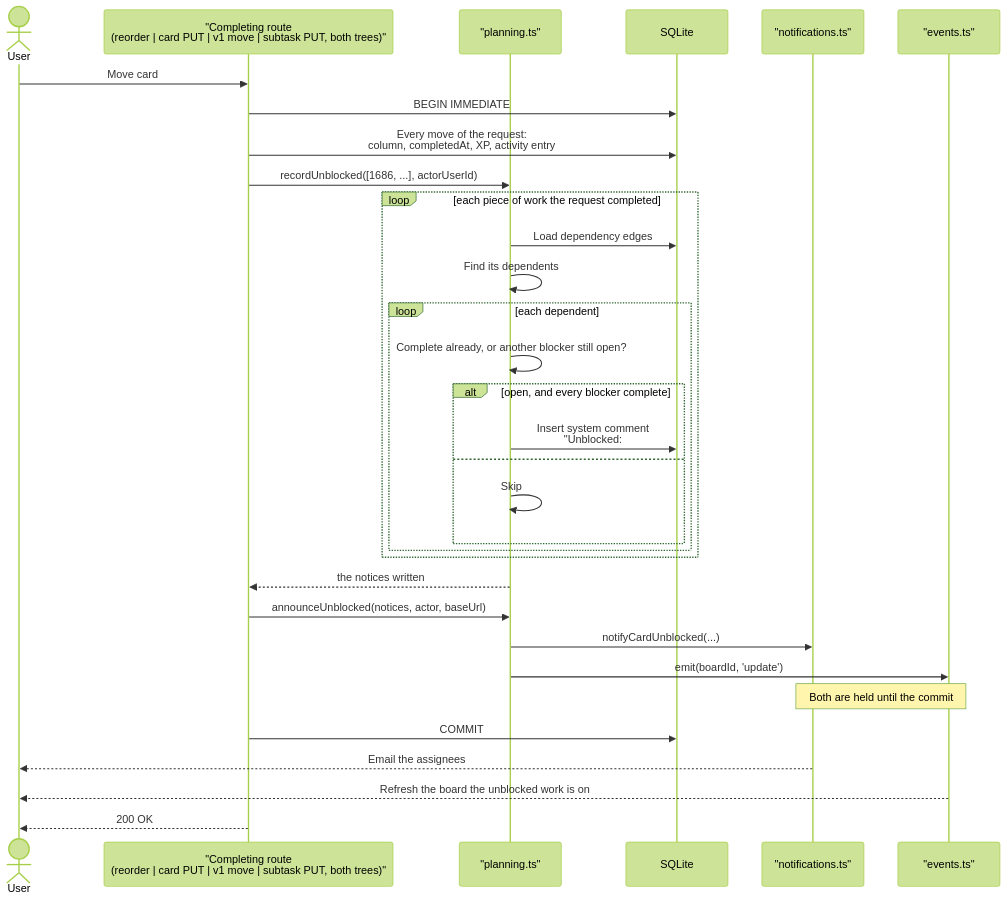
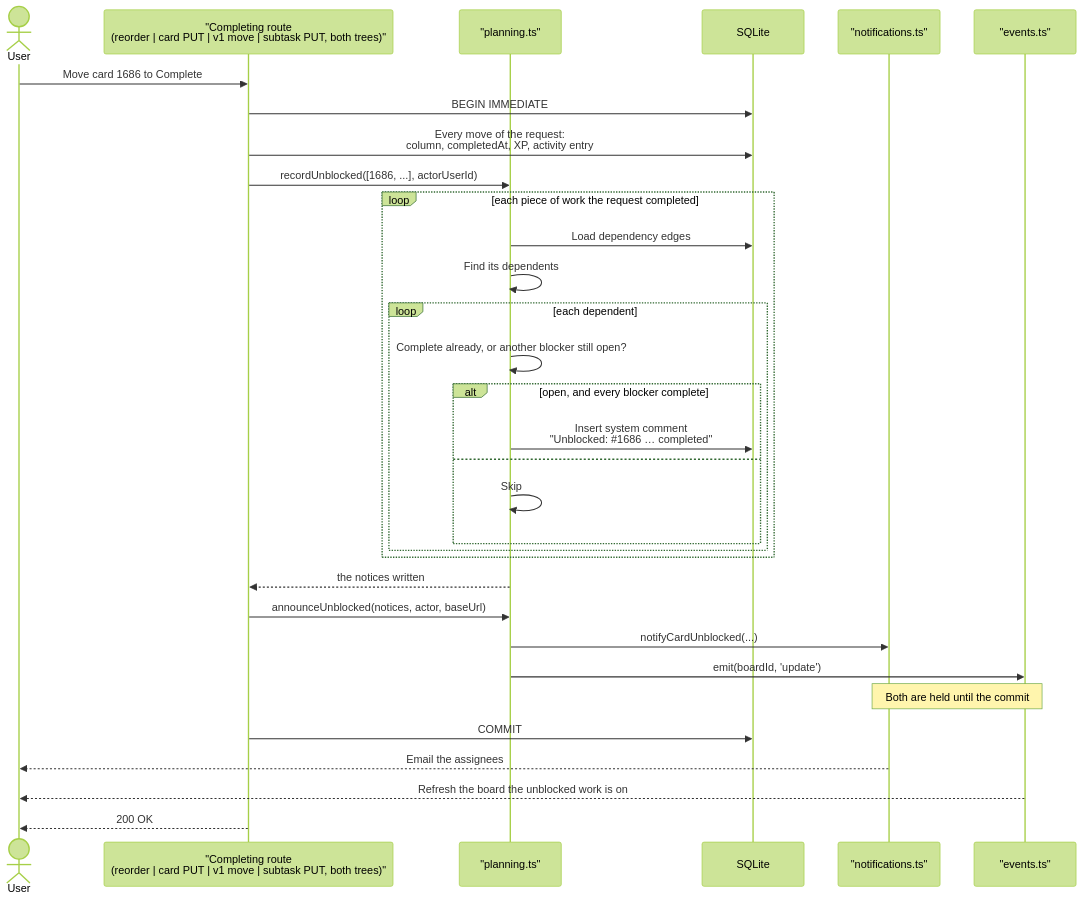
The seventh of 10 diagrams in docs/critical-path-planning.md (gitBoon/DumpFire), drawn with Mermaid (forest theme) before and after one commit. The commit also changed other lines of this file and 7 other files, not shown here.

First line of the commit message:
docs: sequence diagrams have no semicolon or bare # in a message, so they draw in Merview (2892)

````diff
--- a/docs/critical-path-planning.md
+++ b/docs/critical-path-planning.md
@@ -512,35 +512,35 @@
 ```mermaid
 sequenceDiagram
     actor User
     participant Route as "Completing route<br/>(reorder | card PUT | v1 move | subtask PUT, both trees)"
     participant Plan as "planning.ts"
     participant DB as SQLite
     participant Notify as "notifications.ts"
     participant SSE as "events.ts"
 
-    User->>Route: Move card #1686 to Complete
+    User->>Route: Move card 1686 to Complete
     Route->>DB: BEGIN IMMEDIATE
     Route->>DB: Every move of the request:<br/>column, completedAt, XP, activity entry
     Route->>Plan: recordUnblocked([1686, ...], actorUserId)
     loop each piece of work the request completed
         Plan->>DB: Load dependency edges
         Plan->>Plan: Find its dependents
         loop each dependent
             Plan->>Plan: Complete already, or another blocker still open?
             alt open, and every blocker complete
-                Plan->>DB: Insert system comment<br/>"Unblocked: #1686 … completed"
+                Plan->>DB: Insert system comment<br/>"Unblocked: #35;1686 … completed"
             else
                 Plan->>Plan: Skip
             end
         end
     end
     Plan-->>Route: the notices written
     Route->>Plan: announceUnblocked(notices, actor, baseUrl)
     Plan->>Notify: notifyCardUnblocked(...)
     Plan->>SSE: emit(boardId, 'update')
     Note over Notify,SSE: Both are held until the commit
     Route->>DB: COMMIT
     Notify-->>User: Email the assignees
     SSE-->>User: Refresh the board the unblocked work is on
     Route-->>User: 200 OK
 ```
````
